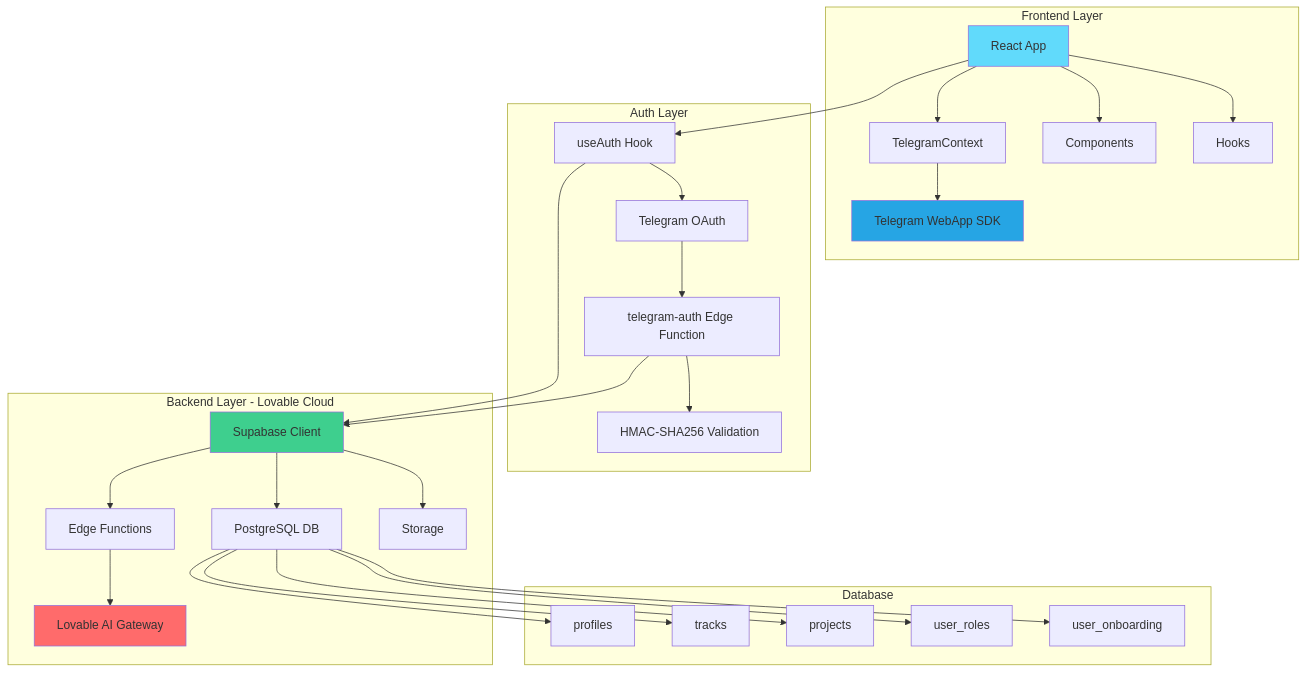
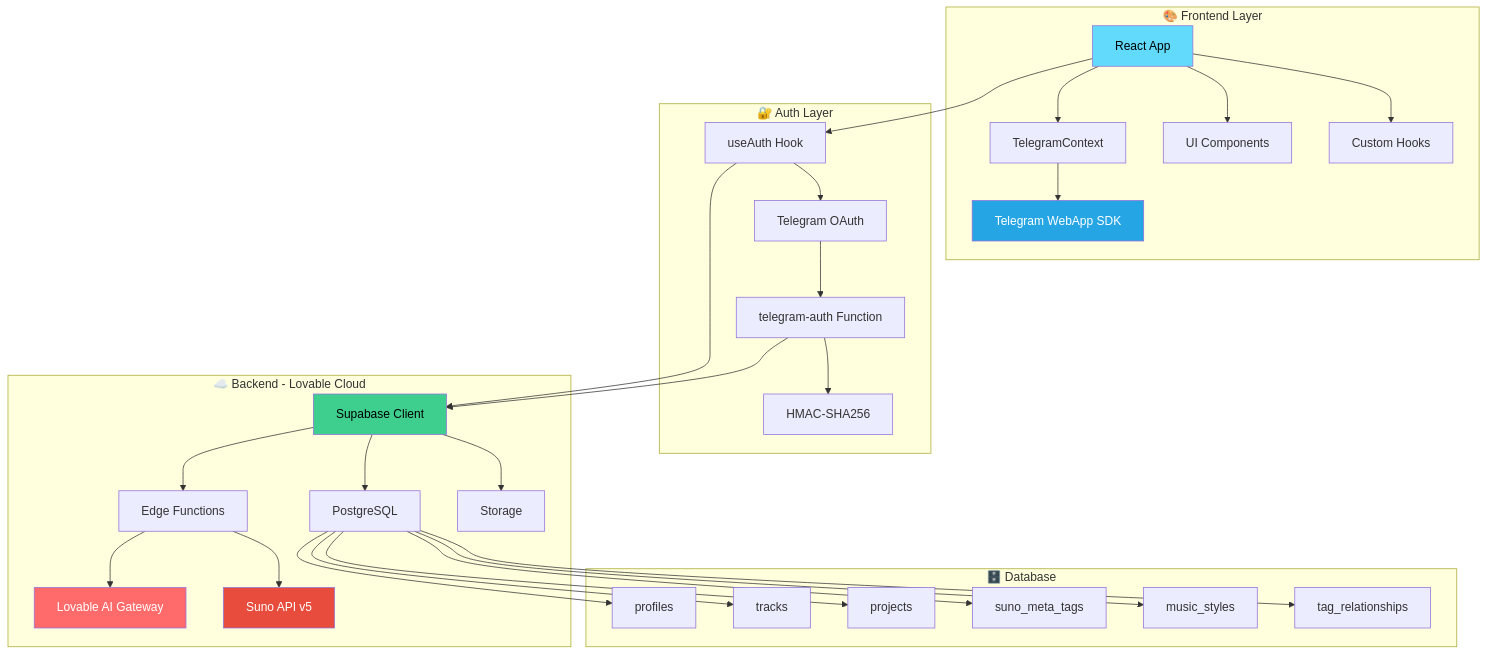
Before and after one commit to HOW2AI-AGENCY/aimusicverse: the diagram in README.md, drawn with Mermaid. The commit also changed other lines of this file and 2 other files, not shown here.

````diff
--- a/README.md
+++ b/README.md
@@ -133,39 +773,42 @@
 ```mermaid
 graph TB
-    subgraph "Frontend Layer"
+    subgraph "🎨 Frontend Layer"
         A[React App] --> B[TelegramContext]
-        A --> C[Components]
-        A --> D[Hooks]
+        A --> C[UI Components]
+        A --> D[Custom Hooks]
         B --> E[Telegram WebApp SDK]
     end
     
-    subgraph "Auth Layer"
+    subgraph "🔐 Auth Layer"
         F[useAuth Hook] --> G[Telegram OAuth]
-        G --> H[telegram-auth Edge Function]
-        H --> I[HMAC-SHA256 Validation]
+        G --> H[telegram-auth Function]
+        H --> I[HMAC-SHA256]
     end
     
-    subgraph "Backend Layer - Lovable Cloud"
+    subgraph "☁️ Backend - Lovable Cloud"
         J[Supabase Client] --> K[Edge Functions]
-        J --> L[PostgreSQL DB]
+        J --> L[PostgreSQL]
         J --> M[Storage]
         K --> N[Lovable AI Gateway]
+        K --> O[Suno API v5]
     end
     
-    subgraph "Database"
-        L --> O[profiles]
-        L --> P[tracks]
-        L --> Q[projects]
-        L --> R[user_roles]
-        L --> S[user_onboarding]
+    subgraph "🗄️ Database"
+        L --> P[profiles]
+        L --> Q[tracks]
+        L --> R[projects]
+        L --> S[suno_meta_tags]
+        L --> T[music_styles]
+        L --> U[tag_relationships]
     end
     
     A --> F
     F --> J
     H --> J
     
-    style A fill:#61dafb
-    style J fill:#3ECF8E
-    style N fill:#FF6B6B
-    style E fill:#26A5E4
+    style A fill:#61dafb,color:#000
+    style J fill:#3ECF8E,color:#000
+    style N fill:#FF6B6B,color:#fff
+    style O fill:#e74c3c,color:#fff
+    style E fill:#26A5E4,color:#fff
 ```
````
